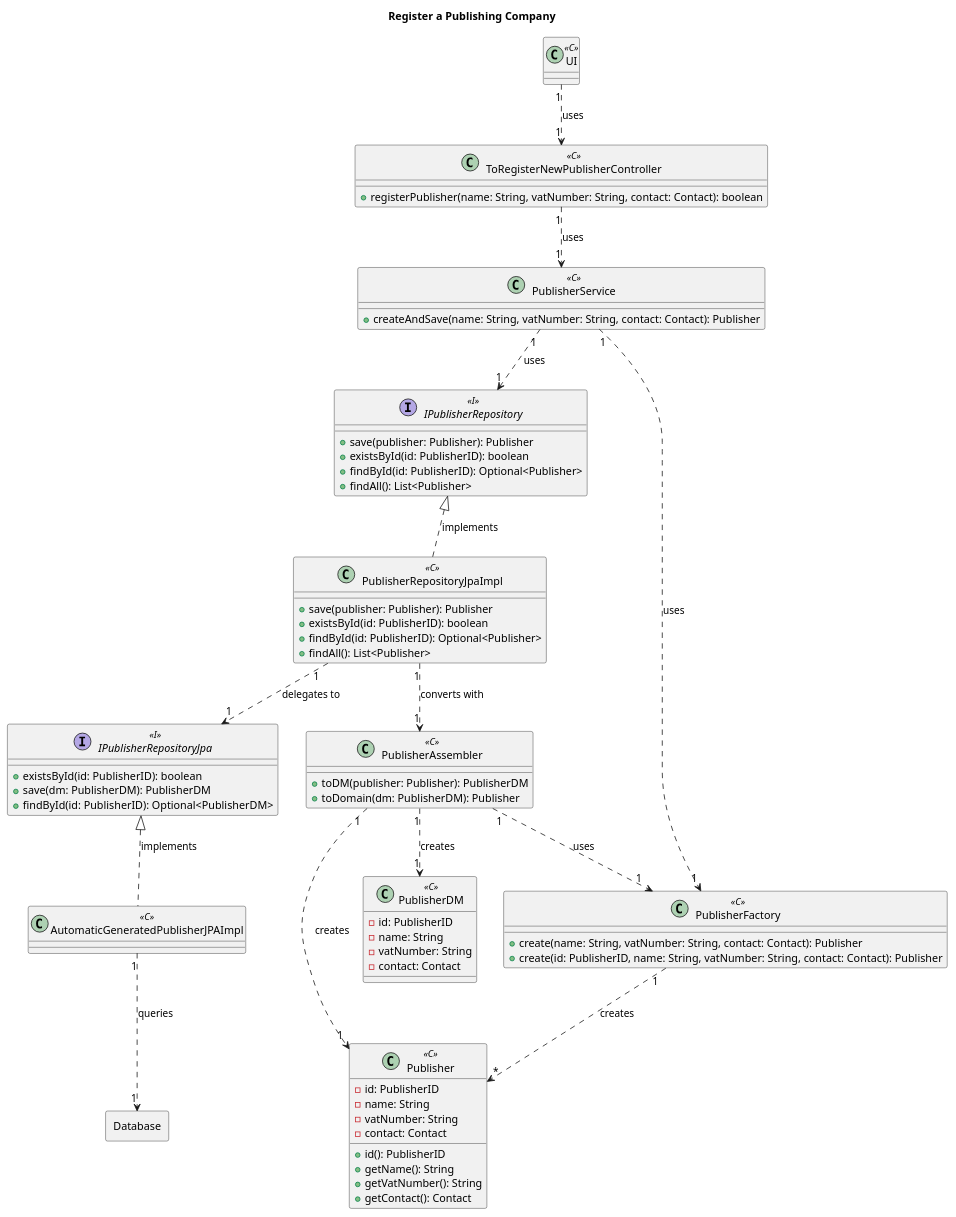
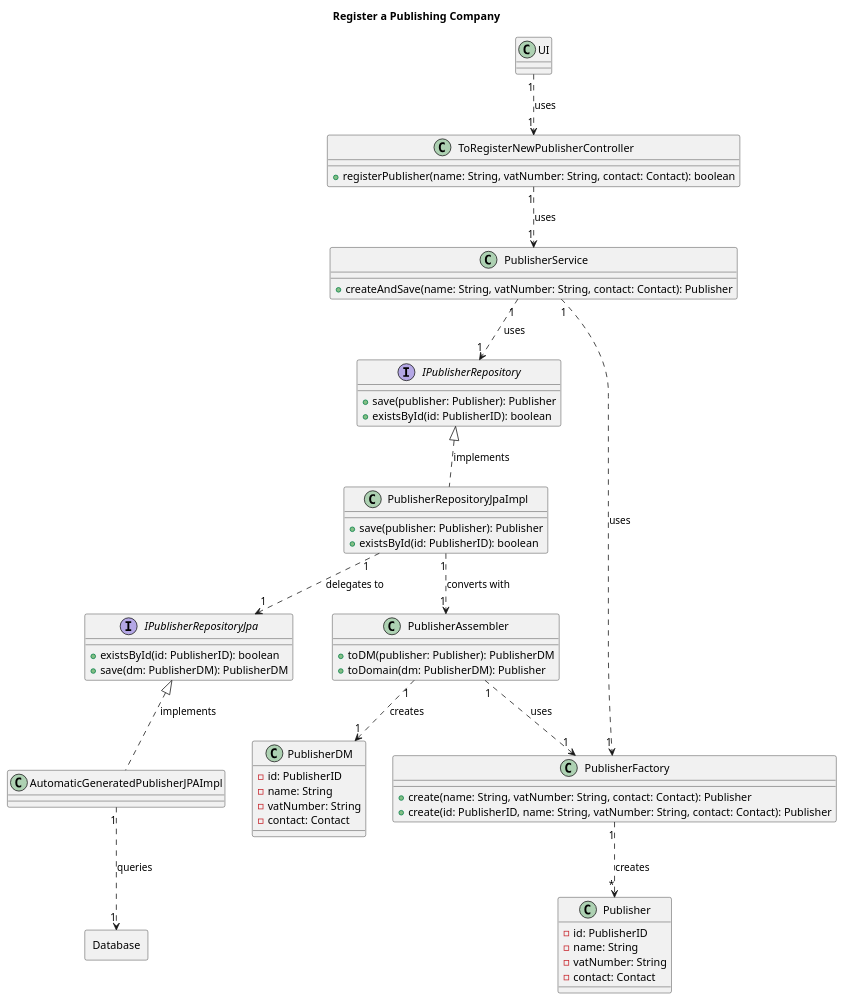
Before and after one commit to AndrePereiraGitH/SWitCH-Project-Team_A: the diagram in Diagrams/ClassDiagrams/To-register-a-publishing-company.puml, drawn with PlantUML. The commit also changed 1 other file, not shown here.

Commit message:
#750 update Publisher diagrams

```diff
--- a/Diagrams/ClassDiagrams/To-register-a-publishing-company.puml
+++ b/Diagrams/ClassDiagrams/To-register-a-publishing-company.puml
@@ -1,94 +1,84 @@
 @startuml
 title Register a Publishing Company
 
 ' ── UI Layer ───────────────────────────────────────────────
-class UI <<C>> {
+class UI {
 }
 
 ' ── Controller Layer ───────────────────────────────────────
-class ToRegisterNewPublisherController <<C>> {
+class ToRegisterNewPublisherController {
   + registerPublisher(name: String, vatNumber: String, contact: Contact): boolean
 }
 
 ' ── Application Layer ──────────────────────────────────────
-class PublisherService <<C>> {
+class PublisherService {
   + createAndSave(name: String, vatNumber: String, contact: Contact): Publisher
 }
 
 ' ── Domain Layer ───────────────────────────────────────────
-interface IPublisherRepository <<I>> {
+interface IPublisherRepository {
   + save(publisher: Publisher): Publisher
   + existsById(id: PublisherID): boolean
-  + findById(id: PublisherID): Optional<Publisher>
-  + findAll(): List<Publisher>
 }
 
-class PublisherFactory <<C>> {
+class PublisherFactory {
   + create(name: String, vatNumber: String, contact: Contact): Publisher
   + create(id: PublisherID, name: String, vatNumber: String, contact: Contact): Publisher
 }
 
-class Publisher <<C>> {
+class Publisher {
   - id: PublisherID
   - name: String
   - vatNumber: String
   - contact: Contact
-  + id(): PublisherID
-  + getName(): String
-  + getVatNumber(): String
-  + getContact(): Contact
 }
 
 ' ── Infrastructure Layer ───────────────────────────────────
-class PublisherRepositoryJpaImpl <<C>> {
+class PublisherRepositoryJpaImpl {
   + save(publisher: Publisher): Publisher
   + existsById(id: PublisherID): boolean
-  + findById(id: PublisherID): Optional<Publisher>
-  + findAll(): List<Publisher>
 }
 
-class AutomaticGeneratedPublisherJPAImpl <<C>> {
+class AutomaticGeneratedPublisherJPAImpl {
 }
 
-interface IPublisherRepositoryJpa <<I>> {
+interface IPublisherRepositoryJpa {
   + existsById(id: PublisherID): boolean
   + save(dm: PublisherDM): PublisherDM
-  + findById(id: PublisherID): Optional<PublisherDM>
 }
 
-class PublisherAssembler <<C>> {
+class PublisherAssembler {
   + toDM(publisher: Publisher): PublisherDM
   + toDomain(dm: PublisherDM): Publisher
 }
 
-class PublisherDM <<C>> {
+class PublisherDM {
   - id: PublisherID
   - name: String
   - vatNumber: String
   - contact: Contact
 }
 
 Rectangle Database {
 }
 
 ' ── Relationships ──────────────────────────────────────────
 UI "1" ..> "1" ToRegisterNewPublisherController : uses
 ToRegisterNewPublisherController "1" ..> "1" PublisherService : uses
 
 PublisherService "1" ..> "1" PublisherFactory : uses
 PublisherService "1" ..> "1" IPublisherRepository : uses
 
 IPublisherRepository <|.. PublisherRepositoryJpaImpl : implements
 PublisherRepositoryJpaImpl "1" ..> "1" IPublisherRepositoryJpa : delegates to
 PublisherRepositoryJpaImpl "1" ..> "1" PublisherAssembler : converts with
 
 IPublisherRepositoryJpa <|.. AutomaticGeneratedPublisherJPAImpl : implements
 AutomaticGeneratedPublisherJPAImpl "1" ..> "1" Database : queries
 
 PublisherAssembler "1" ..> "1" PublisherDM : creates
-PublisherAssembler "1" ..> "1" Publisher : creates
 PublisherAssembler "1" ..> "1" PublisherFactory : uses
 
 PublisherFactory "1" ..> "*" Publisher : creates
 
 @enduml
```
